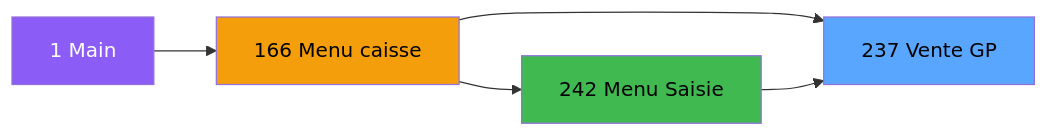
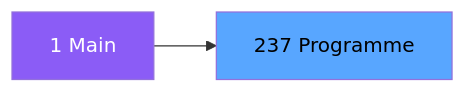
Before and after one commit to thonyAGP/lecteur-magic: the second of 3 diagrams in .openspec/specs/ADH-IDE-237.md, drawn with Mermaid. The commit also changed other lines of this file and 326 other files, not shown here.

````diff
--- a/.openspec/specs/ADH-IDE-237.md
+++ b/.openspec/specs/ADH-IDE-237.md
@@ -192,17 +94,8 @@
 ```mermaid
 graph LR
     M[1 Main]
-    M166[166 Menu caisse]
-    M242[242 Menu Saisie]
-    T[237 Vente GP]
-
-    M --> M166
-    M166 --> T
-    M166 --> M242
-    M242 --> T
-
+    T[237 Programme]
+    M --> T
     style M fill:#8b5cf6,color:#fff
-    style M166 fill:#f59e0b,color:#000
-    style M242 fill:#3fb950,color:#000
     style T fill:#58a6ff,color:#000
 ```
````
